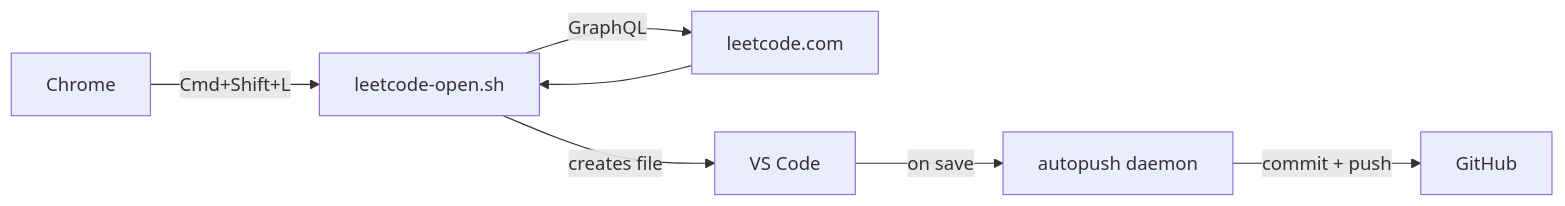
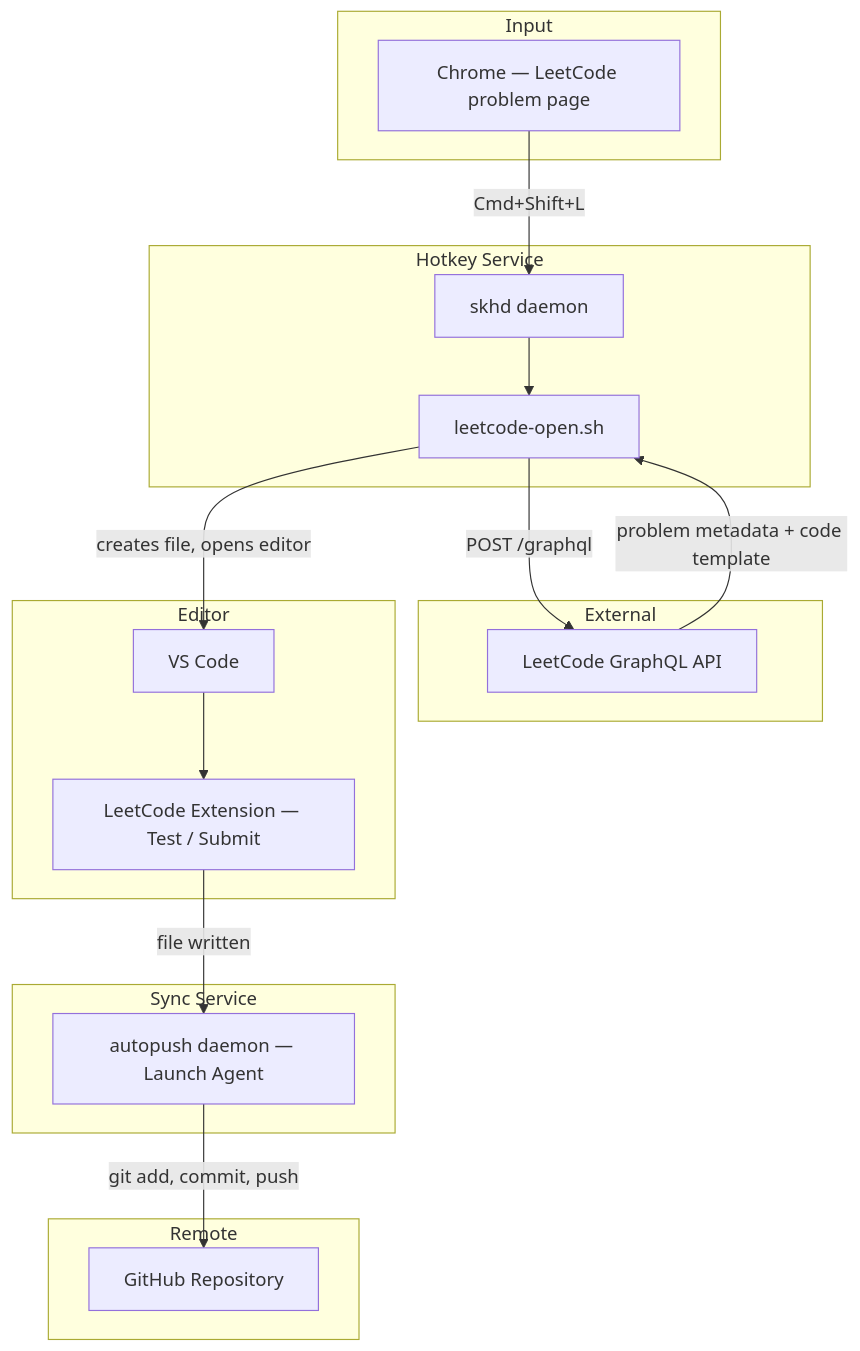
The diagram in README.md (ApurvPurohit/leet-sync), drawn with Mermaid before and after one commit. The commit also changed other lines of this file, not shown here.

````diff
--- a/README.md
+++ b/README.md
@@ -7,9 +16,37 @@
 ```mermaid
-flowchart LR
-    A[Chrome] -->|Cmd+Shift+L| B[leetcode-open.sh]
-    B -->|GraphQL| C[leetcode.com]
-    C --> B
-    B -->|creates file| D[VS Code]
-    D -->|on save| E[autopush daemon]
-    E -->|commit + push| F[GitHub]
+flowchart TD
+    subgraph Input
+        A[Chrome — LeetCode problem page]
+    end
+
+    subgraph Hotkey Service
+        B[skhd daemon]
+        C[leetcode-open.sh]
+    end
+
+    subgraph External
+        D[LeetCode GraphQL API]
+    end
+
+    subgraph Editor
+        E[VS Code]
+        F[LeetCode Extension — Test / Submit]
+    end
+
+    subgraph Sync Service
+        G[autopush daemon — Launch Agent]
+    end
+
+    subgraph Remote
+        H[GitHub Repository]
+    end
+
+    A -- "Cmd+Shift+L" --> B
+    B --> C
+    C -- "POST /graphql" --> D
+    D -- "problem metadata + code template" --> C
+    C -- "creates file, opens editor" --> E
+    E --> F
+    F -- "file written" --> G
+    G -- "git add, commit, push" --> H
 ```
````
